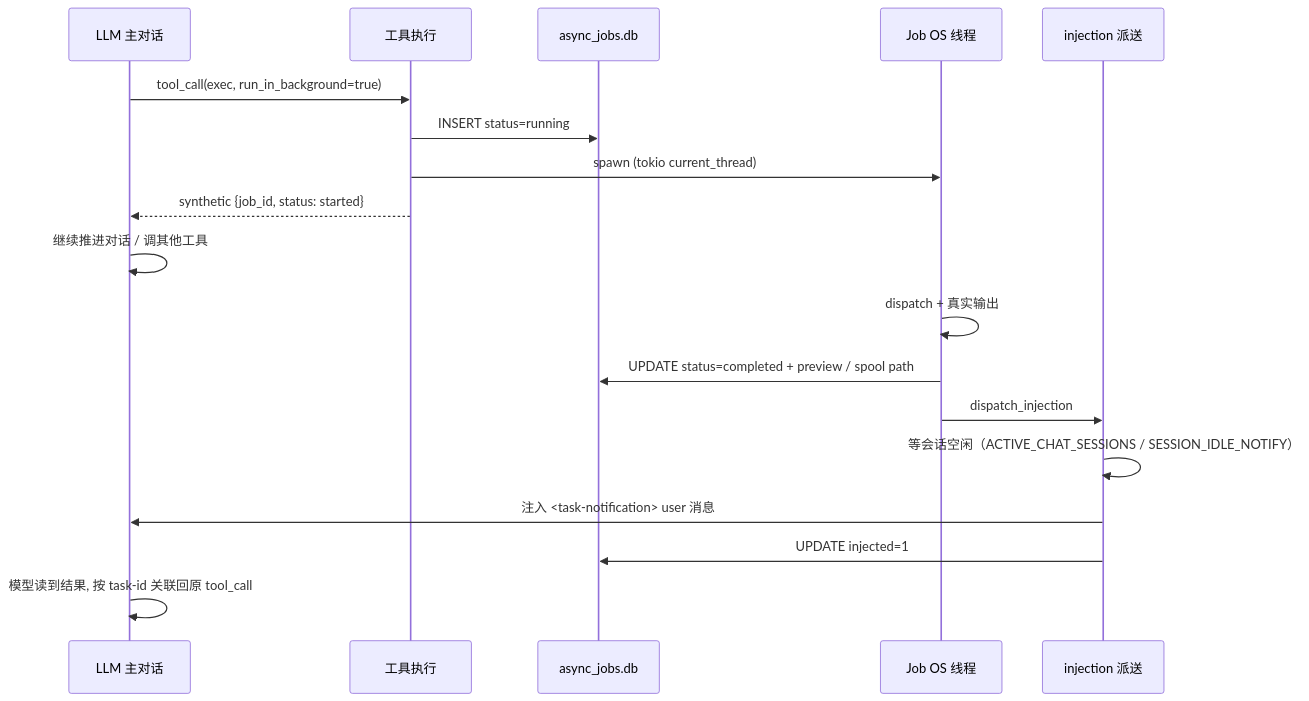
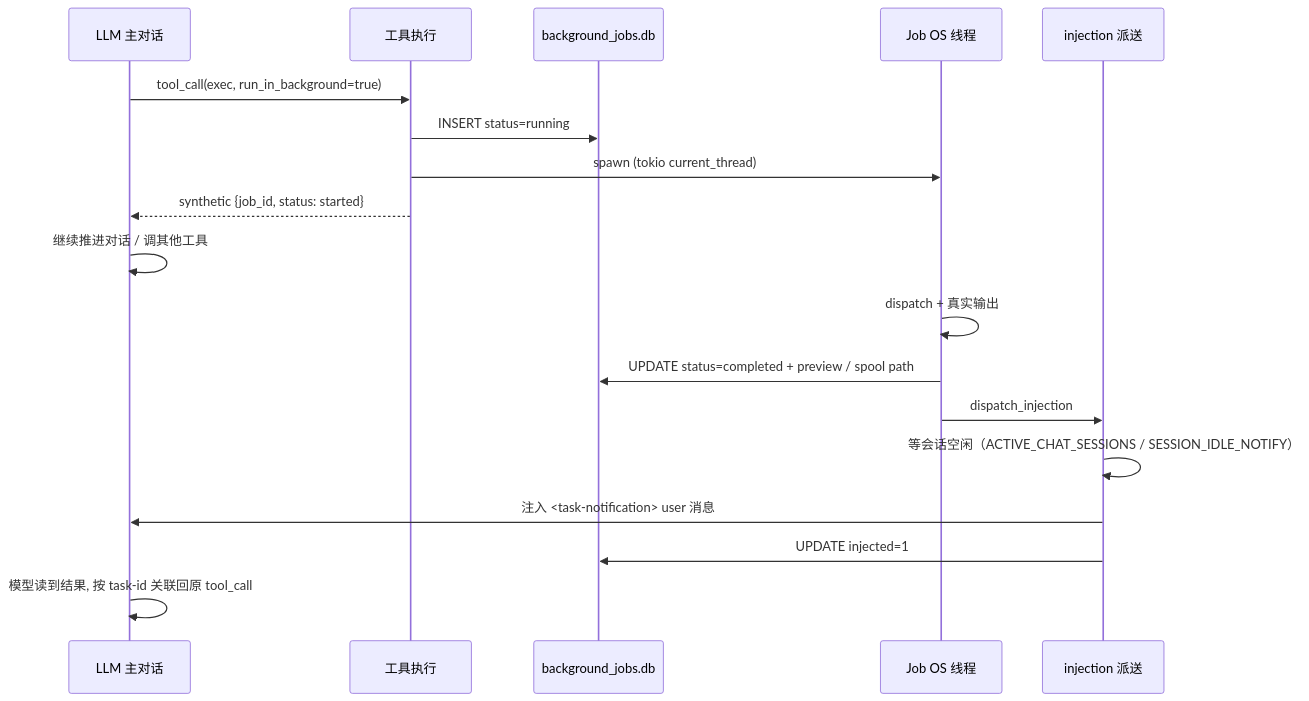
Before and after one commit to gabrielmoreira/agent-skills-mirror: the sixth of 12 diagrams in mirrors/repos/shiwenwen@hope-agent/docs/architecture/tool-system.md, drawn with Mermaid. The commit also changed other lines of this file and 4323 other files, not shown here.

````diff
--- a/mirrors/repos/shiwenwen@hope-agent/docs/architecture/tool-system.md
+++ b/mirrors/repos/shiwenwen@hope-agent/docs/architecture/tool-system.md
@@ -581,21 +603,21 @@
 ```mermaid
 sequenceDiagram
     participant LLM as LLM 主对话
     participant Tool as 工具执行
-    participant DB as async_jobs.db
+    participant DB as background_jobs.db
     participant Job as Job OS 线程
     participant Inj as injection 派送
 
     LLM->>Tool: tool_call(exec, run_in_background=true)
     Tool->>DB: INSERT status=running
     Tool->>Job: spawn (tokio current_thread)
     Tool-->>LLM: synthetic {job_id, status: started}
     LLM->>LLM: 继续推进对话 / 调其他工具
     Job->>Job: dispatch + 真实输出
     Job->>DB: UPDATE status=completed + preview / spool path
     Job->>Inj: dispatch_injection
     Inj->>Inj: 等会话空闲（ACTIVE_CHAT_SESSIONS / SESSION_IDLE_NOTIFY）
     Inj->>LLM: 注入 <task-notification> user 消息
     Inj->>DB: UPDATE injected=1
     LLM->>LLM: 模型读到结果, 按 task-id 关联回原 tool_call
 ```
````
